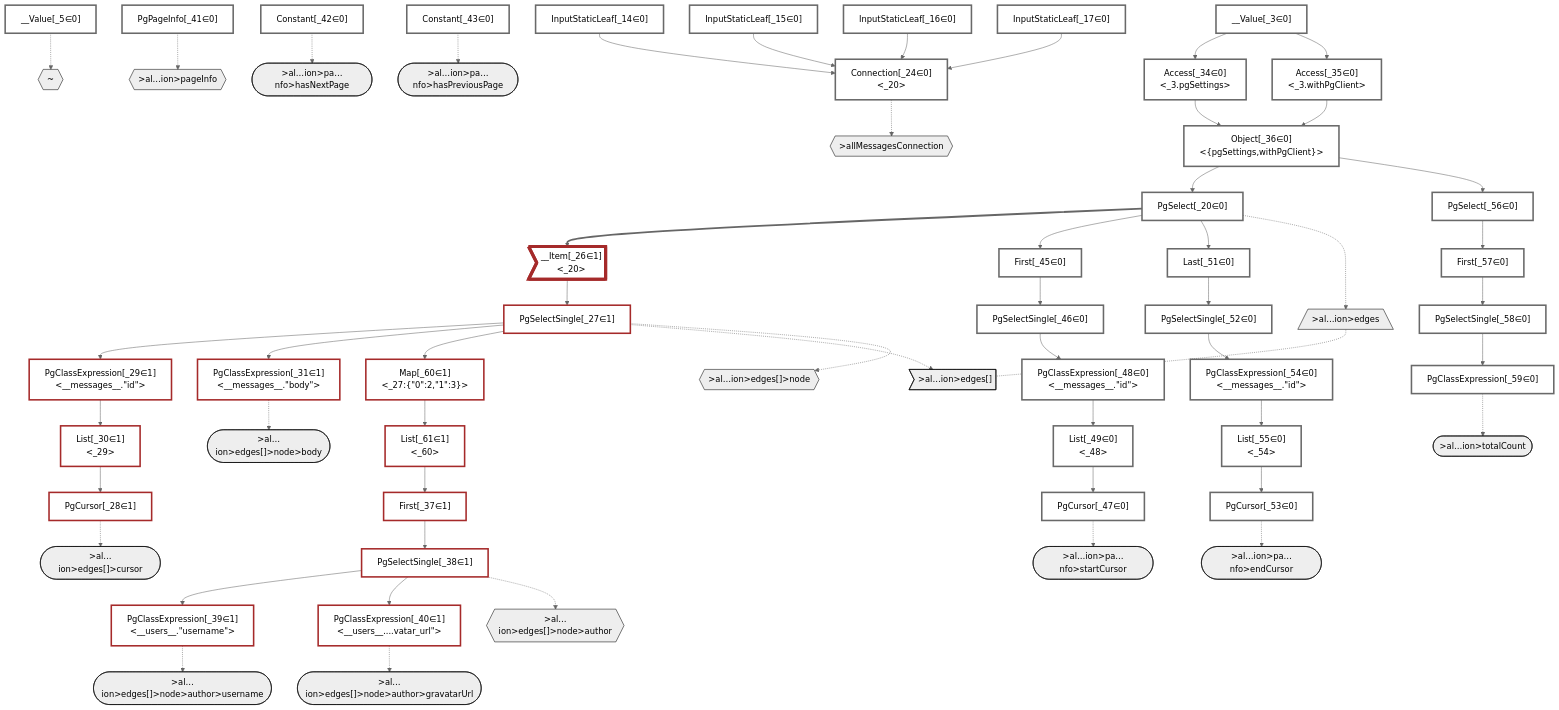
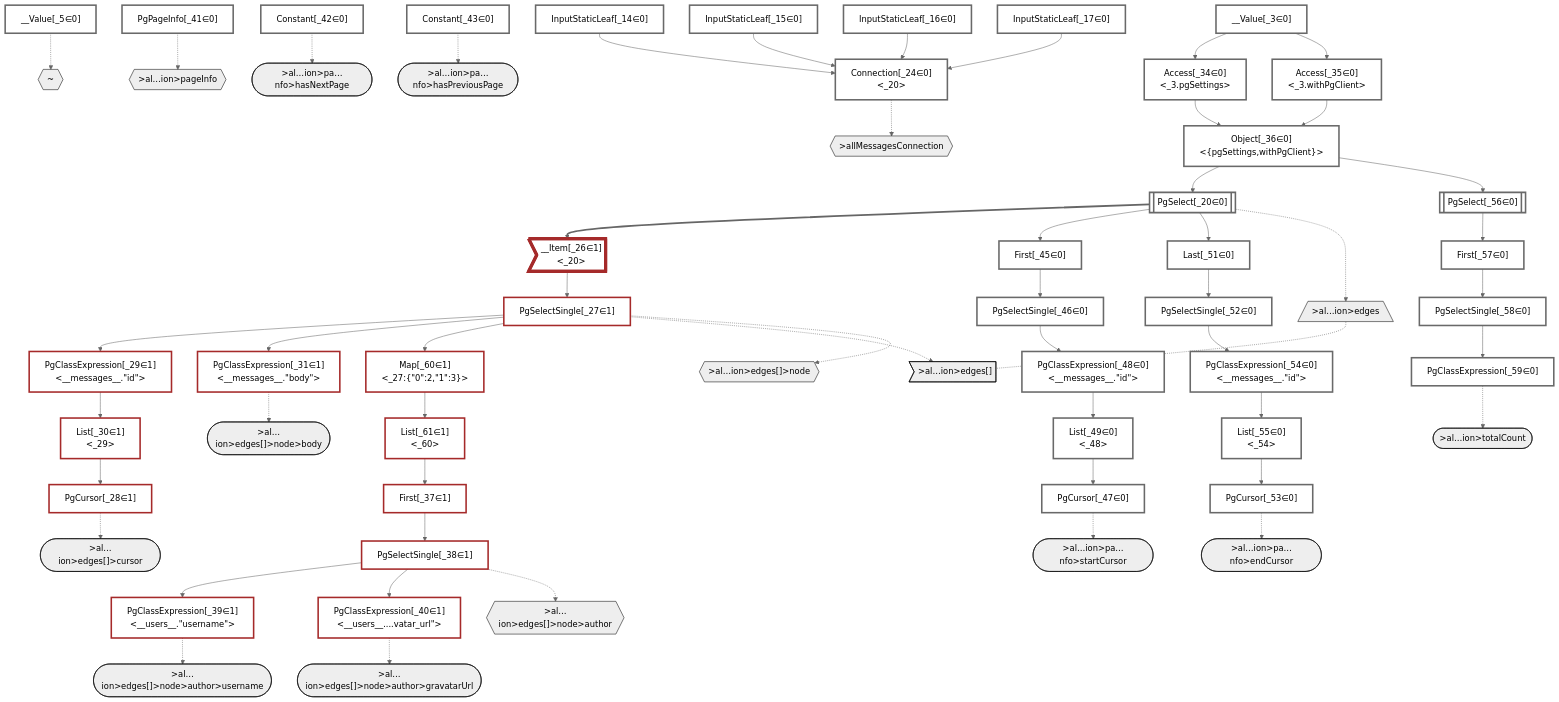
The diagram in packages/dataplan-pg/__tests__/queries/connections/basics.mermaid.md (graphile/crystal), drawn with Mermaid (neutral theme) before and after one commit. The commit also changed 195 other files, not shown here.

```diff
--- a/packages/dataplan-pg/__tests__/queries/connections/basics.mermaid.md
+++ b/packages/dataplan-pg/__tests__/queries/connections/basics.mermaid.md
@@ -46,7 +46,7 @@
     InputStaticLeaf_15["InputStaticLeaf[_15∈0]"]:::plan
     InputStaticLeaf_16["InputStaticLeaf[_16∈0]"]:::plan
     InputStaticLeaf_17["InputStaticLeaf[_17∈0]"]:::plan
-    PgSelect_20["PgSelect[_20∈0]<br /><messages>"]:::plan
+    PgSelect_20[["PgSelect[_20∈0]<br /><messages>"]]:::plan
     Connection_24["Connection[_24∈0]<br /><_20>"]:::plan
     __Item_26>"__Item[_26∈1]<br /><_20>"]:::itemplan
     PgSelectSingle_27["PgSelectSingle[_27∈1]<br /><messages>"]:::plan
@@ -74,7 +74,7 @@
     PgCursor_53["PgCursor[_53∈0]"]:::plan
     PgClassExpression_54["PgClassExpression[_54∈0]<br /><__messages__.#quot;id#quot;>"]:::plan
     List_55["List[_55∈0]<br /><_54>"]:::plan
-    PgSelect_56["PgSelect[_56∈0]<br /><messages>"]:::plan
+    PgSelect_56[["PgSelect[_56∈0]<br /><messages>"]]:::plan
     First_57["First[_57∈0]"]:::plan
     PgSelectSingle_58["PgSelectSingle[_58∈0]<br /><messages>"]:::plan
     PgClassExpression_59["PgClassExpression[_59∈0]<br /><count(*)>"]:::plan
```
